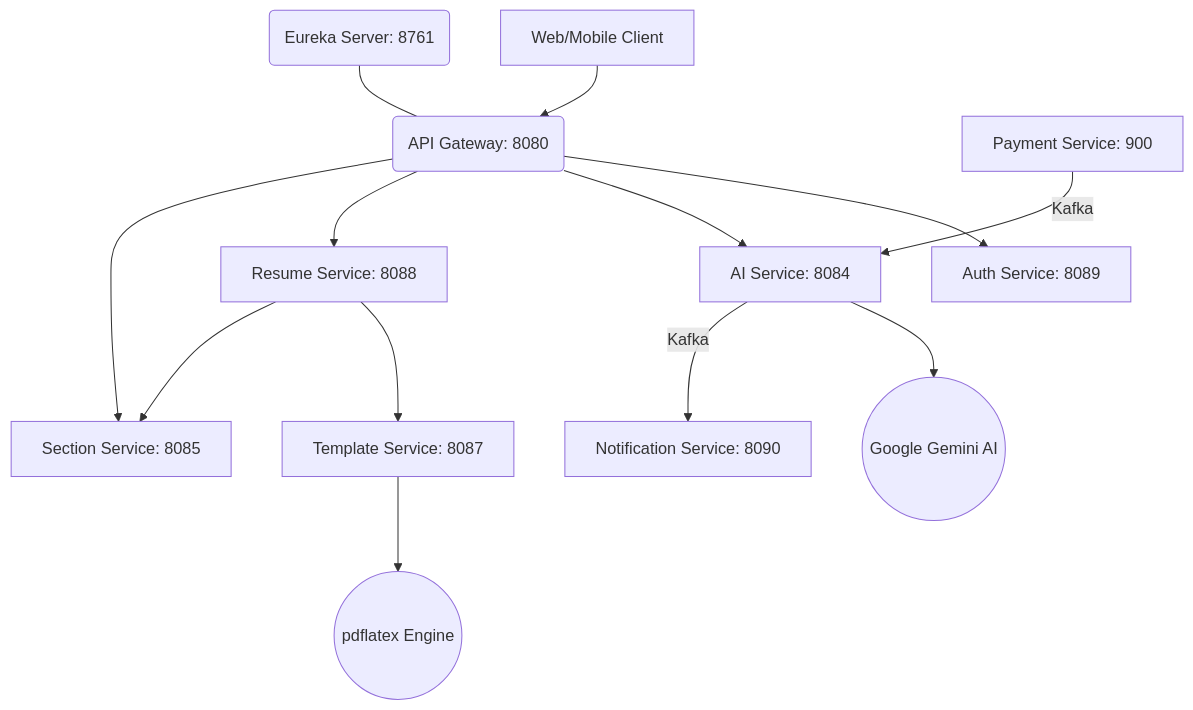
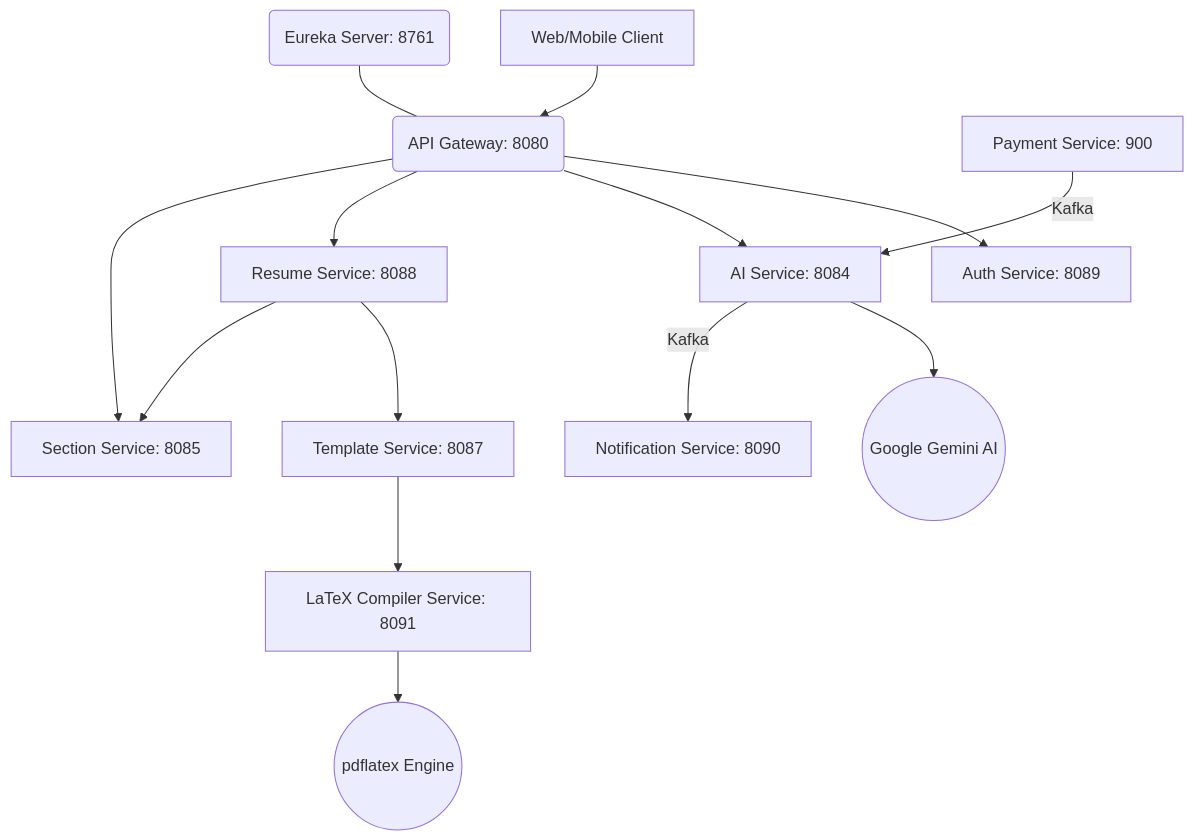
The diagram in README.md (Akshat-Jain02/AI-Powered-Resume-Builder-Backend), drawn with Mermaid before and after one commit. The commit also changed other lines of this file, not shown here.

Commit message:
[Akshat Jain]: Added LaTeX Compiler Service to architecture diagram and registry

````diff
--- a/README.md
+++ b/README.md
@@ -34,20 +34,21 @@
 ```mermaid
 graph TD
     Client[Web/Mobile Client] --> Gateway(API Gateway: 8080)
     Gateway --> Auth[Auth Service: 8089]
     Gateway --> AI[AI Service: 8084]
     Gateway --> Resume[Resume Service: 8088]
     Gateway --> Section[Section Service: 8085]
     
     AI --> Gemini((Google Gemini AI))
     AI -- Kafka --> Notify[Notification Service: 8090]
     
     Resume --> Template[Template Service: 8087]
     Resume --> Section
     
-    Template --> pdflatex((pdflatex Engine))
+    Template --> LatexCompiler[LaTeX Compiler Service: 8091]
+    LatexCompiler --> pdflatex((pdflatex Engine))
     
     Payment[Payment Service: 900] -- Kafka --> AI
     
     Eureka(Eureka Server: 8761) --- Gateway
 ```
````
